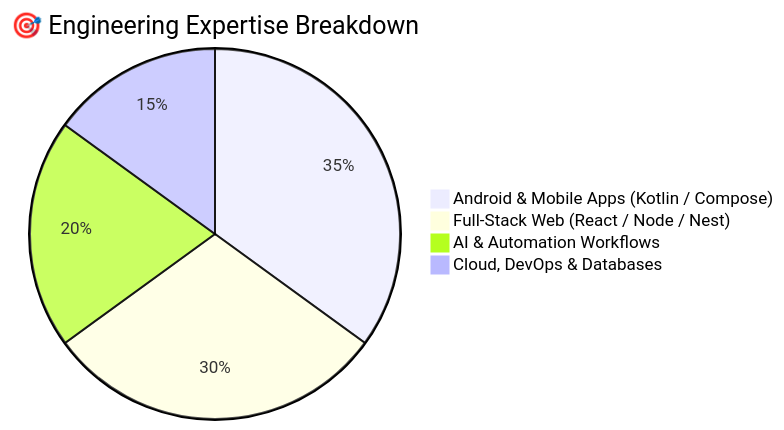
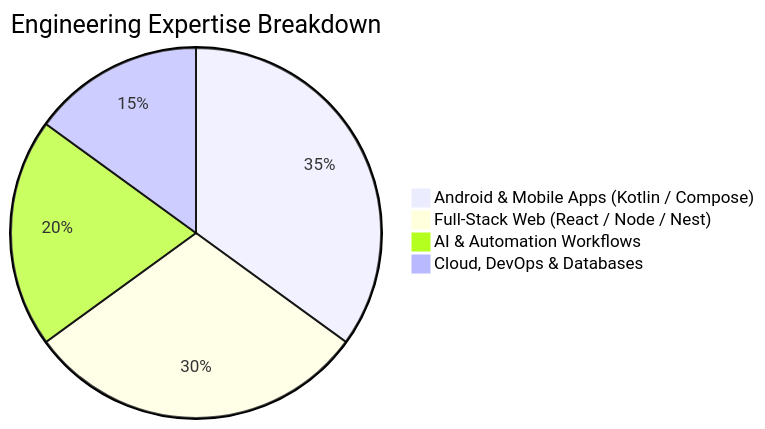
Before and after one commit to jayagarwal-github/jayagarwal-github: the first of 2 diagrams in README.md, drawn with Mermaid. The commit also changed other lines of this file, not shown here.

````diff
--- a/README.md
+++ b/README.md
@@ -33,7 +33,7 @@
 ```mermaid
-pie title 🎯 Engineering Expertise Breakdown
+pie title Engineering Expertise Breakdown
     "Android & Mobile Apps (Kotlin / Compose)" : 35
     "Full-Stack Web (React / Node / Nest)" : 30
     "AI & Automation Workflows" : 20
     "Cloud, DevOps & Databases" : 15
 ```
````
